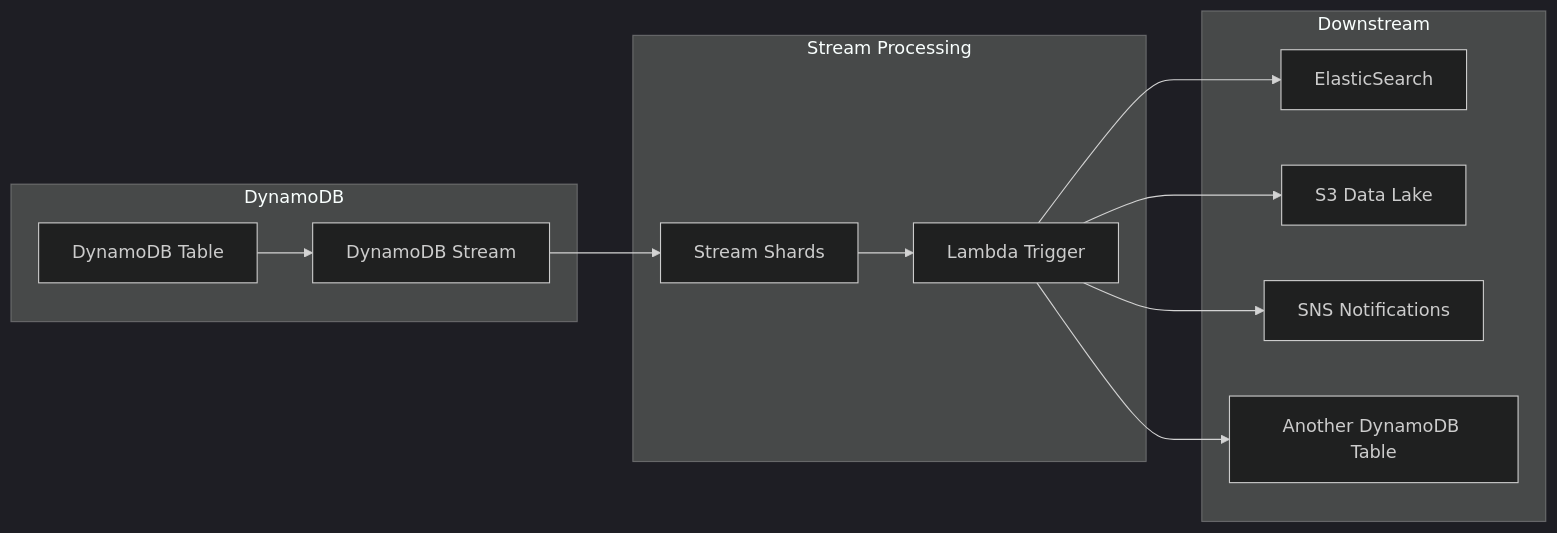
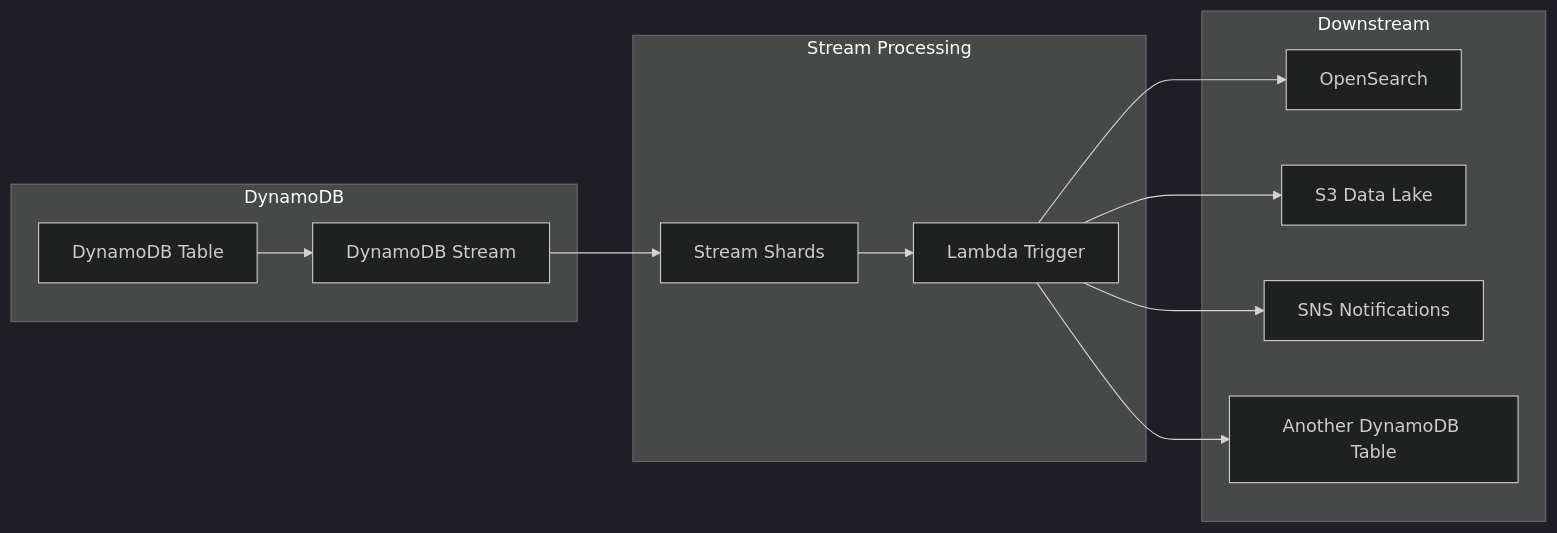
One commit to OneUptime/blog changed the first of 3 diagrams in posts/2026-01-30-aws-dynamodb-streams-processing/README.md. Above: the diagram before and after it, drawn with Mermaid (dark theme). The commit also changed other lines of this file and 2 other files, not shown here.

````diff
--- a/posts/2026-01-30-aws-dynamodb-streams-processing/README.md
+++ b/posts/2026-01-30-aws-dynamodb-streams-processing/README.md
@@ -17,18 +17,18 @@
 ```mermaid
 flowchart LR
     subgraph DynamoDB
         A[DynamoDB Table] --> B[DynamoDB Stream]
     end
 
     subgraph Stream Processing
         B --> C[Stream Shards]
         C --> D[Lambda Trigger]
     end
 
     subgraph Downstream
-        D --> E[ElasticSearch]
+        D --> E[OpenSearch]
         D --> F[S3 Data Lake]
         D --> G[SNS Notifications]
         D --> H[Another DynamoDB Table]
     end
 ```
````
